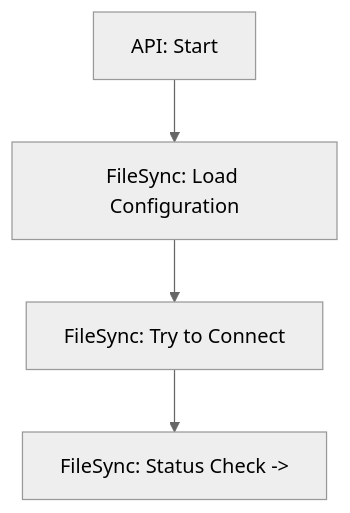
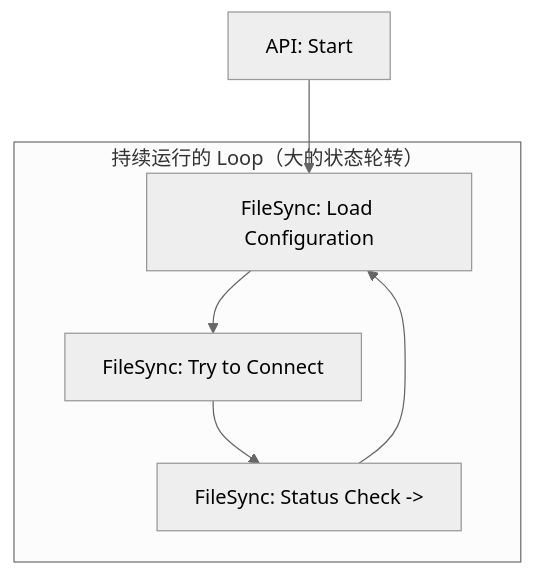
The diagram in README.md (NEVSTOP-LAB/CSM-ModSets-FileSync), drawn with Mermaid (neutral theme) before and after one commit.

Commit message:
docs: fix API: Start flowchart to show continuous loop with state rotation

````diff
--- a/README.md
+++ b/README.md
@@ -37,6 +37,9 @@
 ```mermaid
 flowchart TD
-    A["API: Start"] --> B["FileSync: Load Configuration"]
-    B --> C["FileSync: Try to Connect"]
-    C --> D["FileSync: Status Check ->"]
+    A["API: Start"] --> B
+    subgraph loop["持续运行的 Loop（大的状态轮转）"]
+        B["FileSync: Load Configuration"] --> C["FileSync: Try to Connect"]
+        C --> D["FileSync: Status Check ->"]
+        D --> B
+    end
 ```
````
